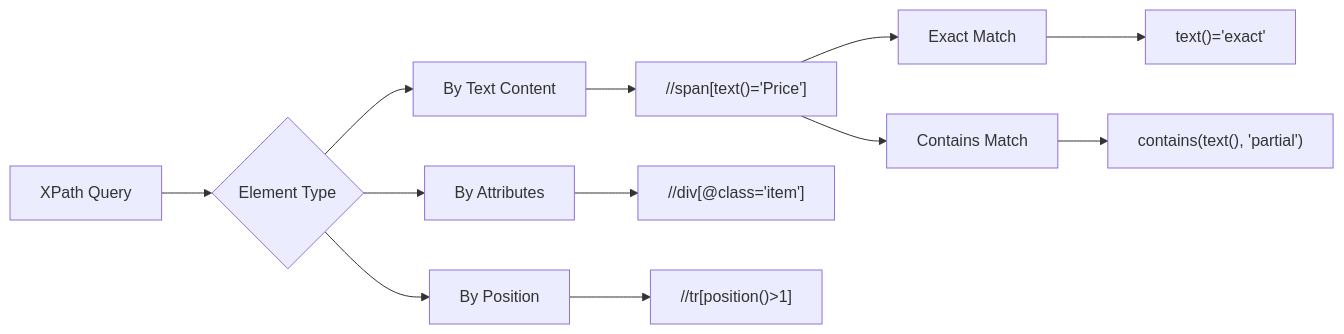
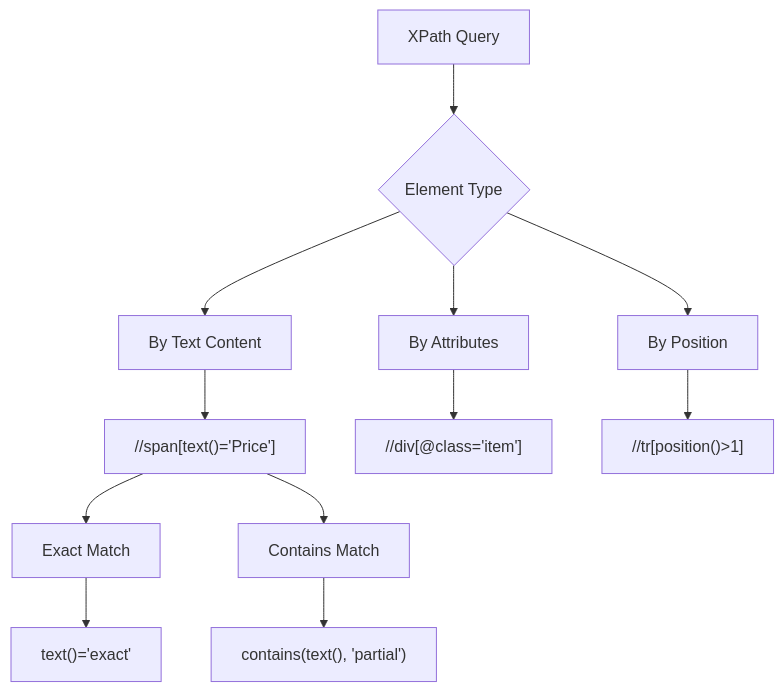
Before and after one commit to bytetunnels/bytetunnels.github.com: the second of 2 diagrams in _posts/2025-05-14-identifying-scrapable-elements.md, drawn with Mermaid. The commit also changed 25 other files, not shown here.

Commit message:
chore: fixed mermaid charts

````diff
--- a/_posts/2025-05-14-identifying-scrapable-elements.md
+++ b/_posts/2025-05-14-identifying-scrapable-elements.md
@@ -108,14 +108,19 @@
 ```mermaid
-graph LR
-    A[XPath Query] --> B{Element Type}
+graph TD
+    A[XPath Query]
+    A --> B{Element Type}
+
     B --> C[By Text Content]
     B --> D[By Attributes]
     B --> E[By Position]
+
     C --> F["//span[text()='Price']"]
     D --> G["//div[@class='item']"]
     E --> H["//tr[position()>1]"]
+
     F --> I[Exact Match]
     F --> J[Contains Match]
+
     I --> K["text()='exact'"]
     J --> L["contains(text(), 'partial')"]
 ```
````
